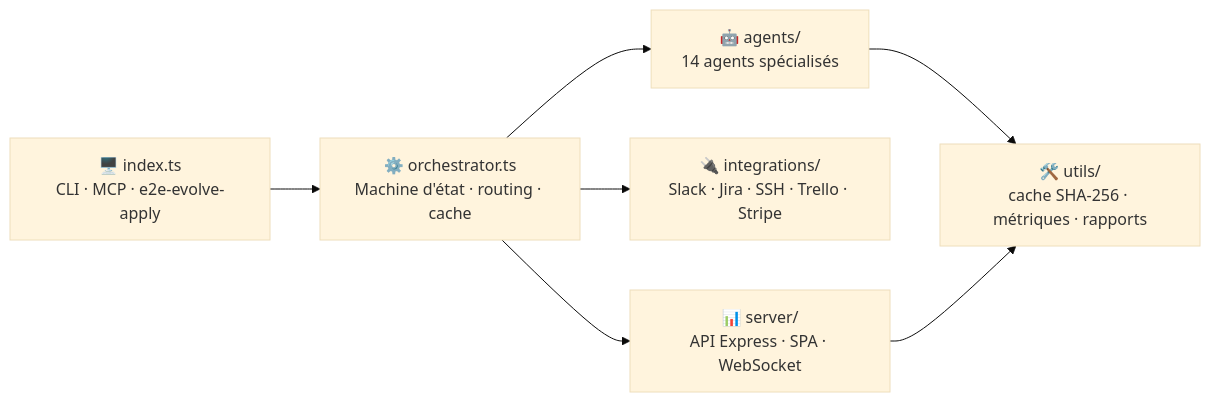
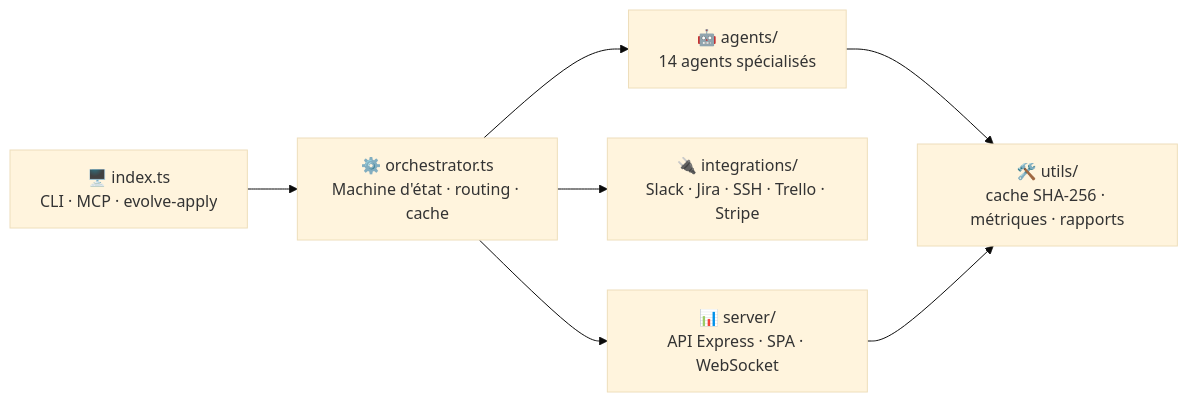
The fourth of 4 diagrams in README.md (Aronbfrt/test-end-to-end), drawn with Mermaid (base theme) before and after one commit. The commit also changed other lines of this file and 1 other file, not shown here.

First line of the commit message:
feat: raccourcis e2e fix + e2e evolve-apply

````diff
--- a/README.md
+++ b/README.md
@@ -437,11 +436,11 @@
 ```mermaid
 graph LR
-    IDX["🖥️ index.ts\nCLI · MCP · e2e-evolve-apply"] --> ORC["⚙️ orchestrator.ts\nMachine d'état · routing · cache"]
+    IDX["🖥️ index.ts\nCLI · MCP · evolve-apply"] --> ORC["⚙️ orchestrator.ts\nMachine d'état · routing · cache"]
 
     ORC --> AG["🤖 agents/\n14 agents spécialisés"]
     ORC --> IN["🔌 integrations/\nSlack · Jira · SSH · Trello · Stripe"]
     ORC --> SV["📊 server/\nAPI Express · SPA · WebSocket"]
 
     AG --> UT["🛠️ utils/\ncache SHA-256 · métriques · rapports"]
     SV --> UT
 ```
````
